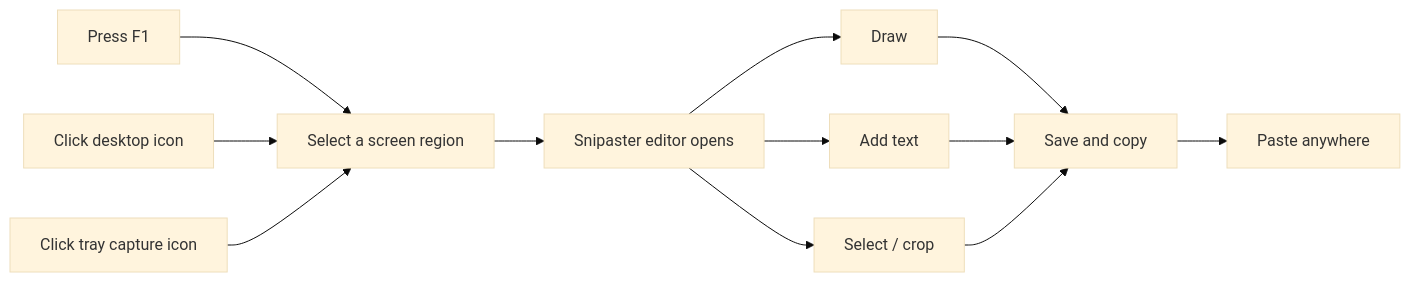
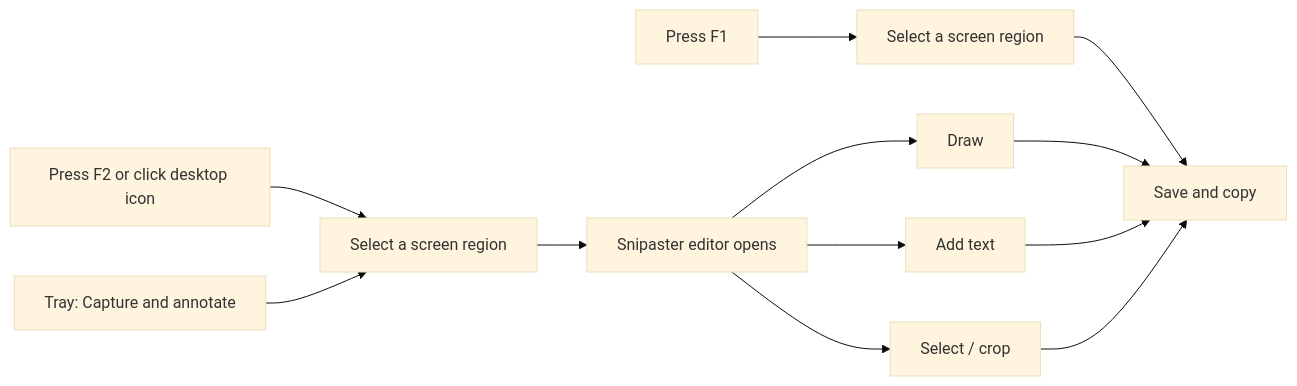
The diagram in README.md (groxaxo/Snipaster), drawn with Mermaid (base theme) before and after one commit. The commit also changed other lines of this file and 12 other files, not shown here.

````diff
--- a/README.md
+++ b/README.md
@@ -77,14 +114,14 @@
 ```mermaid
 flowchart LR
     A["Press F1"] --> D["Select a screen region"]
-    B["Click desktop icon"] --> D
-    C["Click tray capture icon"] --> D
-    D --> E["Snipaster editor opens"]
-    E --> F["Draw"]
-    E --> G["Add text"]
-    E --> H["Select / crop"]
-    F --> I["Save and copy"]
-    G --> I
-    H --> I
-    I --> J["Paste anywhere"]
+    D --> J["Save and copy"]
+    B["Press F2 or click desktop icon"] --> E["Select a screen region"]
+    C["Tray: Capture and annotate"] --> E
+    E --> F["Snipaster editor opens"]
+    F --> G["Draw"]
+    F --> H["Add text"]
+    F --> I["Select / crop"]
+    G --> J
+    H --> J
+    I --> J
 ```
````
